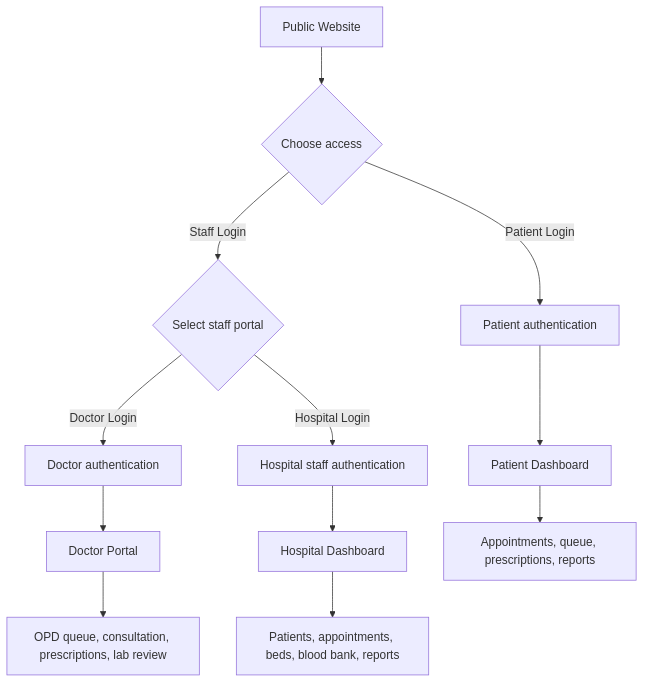
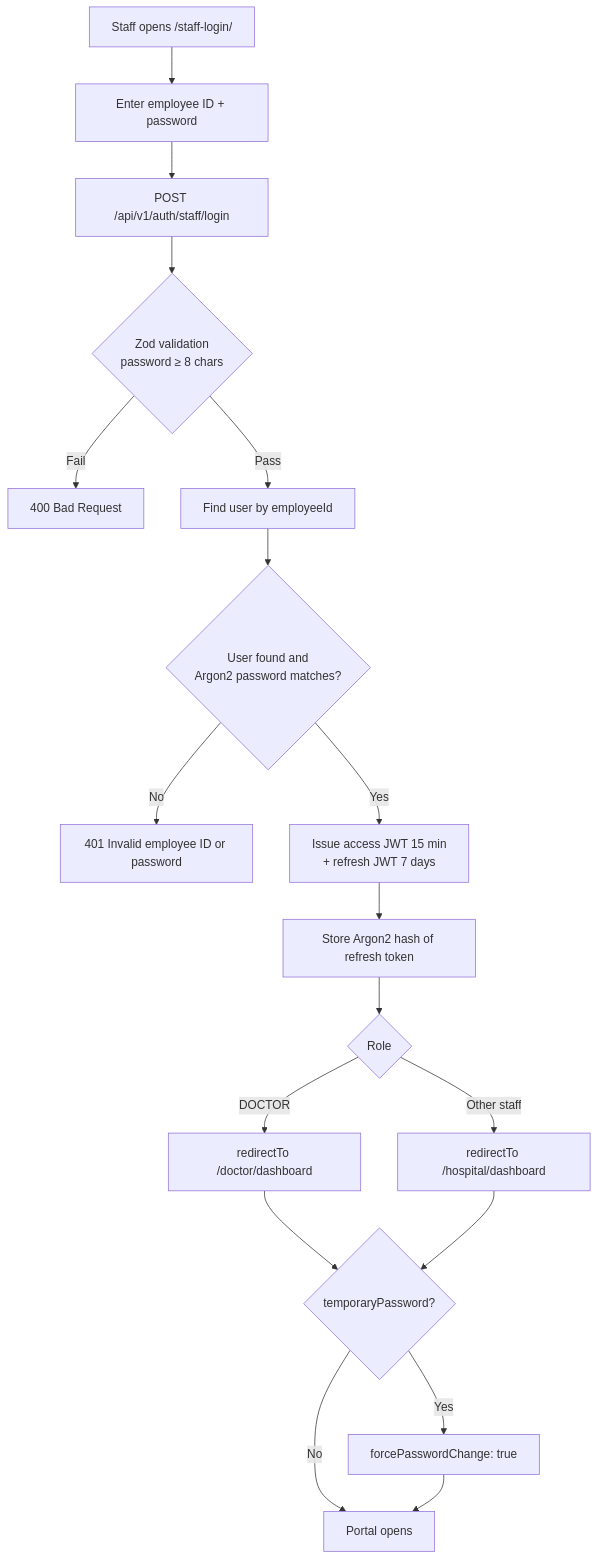
Before and after one commit to Harshitgupta0509/swasthsetu: the fourth of 11 diagrams in README.md, drawn with Mermaid. The commit also changed other lines of this file, not shown here.

````diff
--- a/README.md
+++ b/README.md
@@ -23,16 +223,19 @@
 ```mermaid
 flowchart TD
-    A[Public Website] --> B{Choose access}
-    B -->|Patient Login| C[Patient authentication]
-    B -->|Staff Login| D{Select staff portal}
-    D -->|Doctor Login| E[Doctor authentication]
-    D -->|Hospital Login| F[Hospital staff authentication]
-
-    C --> G[Patient Dashboard]
-    E --> H[Doctor Portal]
-    F --> I[Hospital Dashboard]
-
-    G --> J[Appointments, queue, prescriptions, reports]
-    H --> K[OPD queue, consultation, prescriptions, lab review]
-    I --> L[Patients, appointments, beds, blood bank, reports]
+    A[Staff opens /staff-login/] --> B[Enter employee ID + password]
+    B --> C[POST /api/v1/auth/staff/login]
+    C --> V{Zod validation<br/>password ≥ 8 chars}
+    V -->|Fail| E400[400 Bad Request]
+    V -->|Pass| F[Find user by employeeId]
+    F --> G{User found and<br/>Argon2 password matches?}
+    G -->|No| E401[401 Invalid employee ID or password]
+    G -->|Yes| T[Issue access JWT 15 min<br/>+ refresh JWT 7 days]
+    T --> H[Store Argon2 hash of refresh token]
+    H --> I{Role}
+    I -->|DOCTOR| J[redirectTo /doctor/dashboard]
+    I -->|Other staff| K[redirectTo /hospital/dashboard]
+    J & K --> L{temporaryPassword?}
+    L -->|Yes| M[forcePasswordChange: true]
+    L -->|No| N[Portal opens]
+    M --> N
 ```
````
